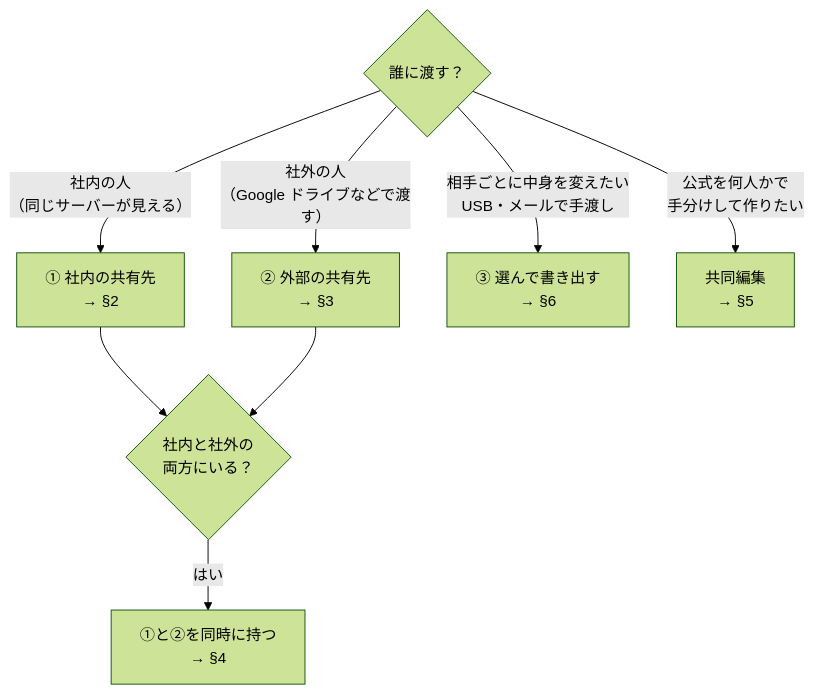
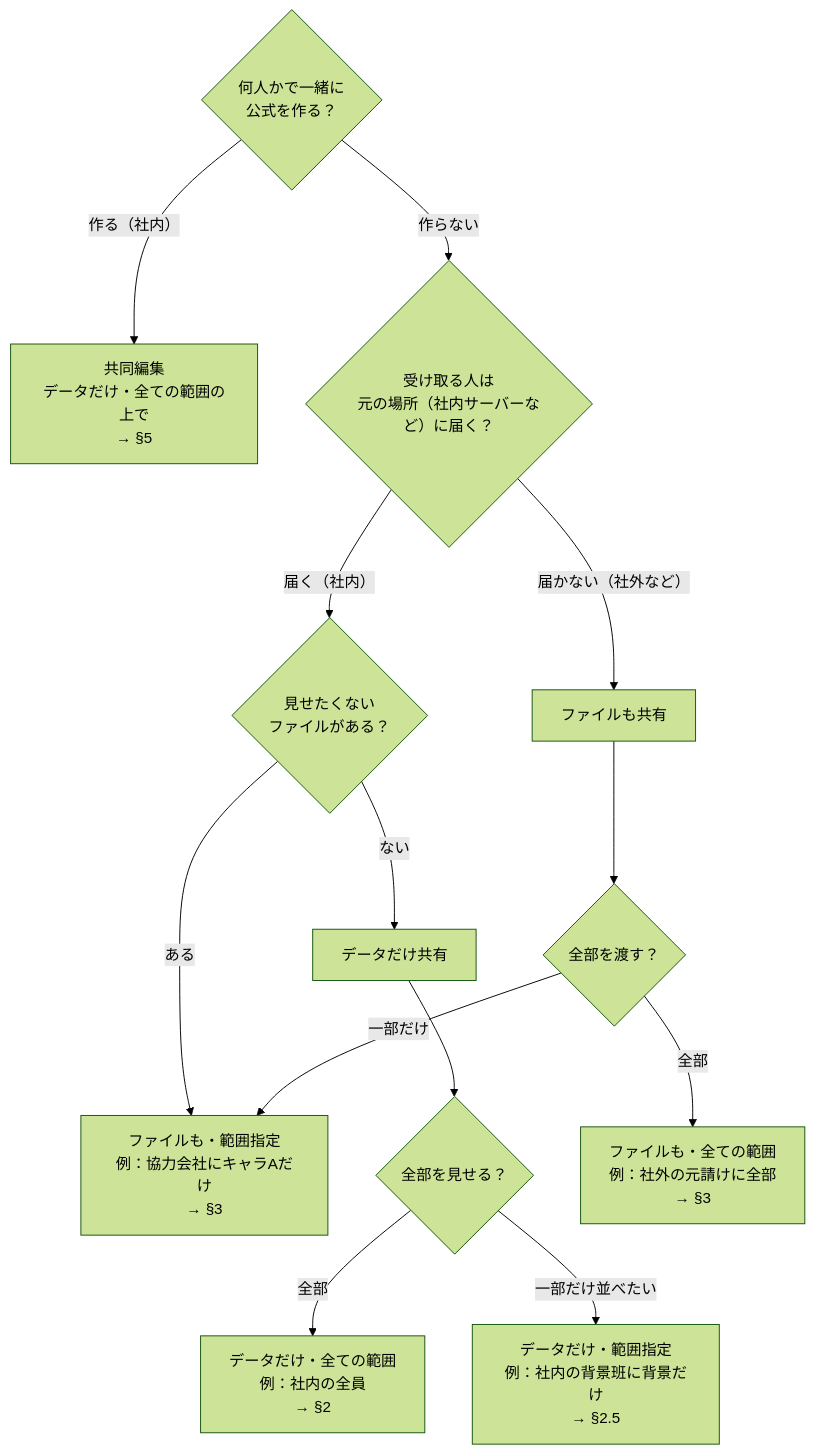
The first of 16 diagrams in SYNC_GUIDE.md (animtools/RefPicker), drawn with Mermaid (forest theme) before and after one commit. The commit also changed other lines of this file and 27 other files, not shown here.

First line of the commit message:
docs: 0.6.0 の公開文書（扱えるファイル・共有先の渡し方と範囲・自由タグのピッカーとタグの管理・起動時の新しいバージョンの確認など）と CHANGELOG、図を 0.6.0 の画面にする

````diff
--- a/SYNC_GUIDE.md
+++ b/SYNC_GUIDE.md
@@ -23,11 +36,17 @@
 ```mermaid
 flowchart TD
-    Q1{"誰に渡す？"}
-    Q1 -->|"社内の人<br/>（同じサーバーが見える）"| P1["① 社内の共有先<br/>→ §2"]
-    Q1 -->|"社外の人<br/>（Google ドライブなどで渡す）"| P2["② 外部の共有先<br/>→ §3"]
-    Q1 -->|"相手ごとに中身を変えたい<br/>USB・メールで手渡し"| P3["③ 選んで書き出す<br/>→ §6"]
-    P1 --> Q2{"社内と社外の<br/>両方にいる？"}
-    P2 --> Q2
-    Q2 -->|"はい"| P12["①と②を同時に持つ<br/>→ §4"]
-    Q1 -->|"公式を何人かで<br/>手分けして作りたい"| CE["共同編集<br/>→ §5"]
+    Q0{"何人かで一緒に<br/>公式を作る？"}
+    Q0 -->|"作る（社内）"| CO["共同編集<br/>データだけ・全ての範囲の上で<br/>→ §5"]
+    Q0 -->|"作らない"| Q1
+    Q1{"受け取る人は<br/>元の場所（社内サーバーなど）に届く？"}
+    Q1 -->|"届く（社内）"| Q4{"見せたくない<br/>ファイルがある？"}
+    Q1 -->|"届かない（社外など）"| F["ファイルも共有"]
+    Q4 -->|"ない"| D["データだけ共有"]
+    Q4 -->|"ある"| FF
+    D --> Q2{"全部を見せる？"}
+    F --> Q3{"全部を渡す？"}
+    Q2 -->|"全部"| DA["データだけ・全ての範囲<br/>例：社内の全員<br/>→ §2"]
+    Q2 -->|"一部だけ並べたい"| DF["データだけ・範囲指定<br/>例：社内の背景班に背景だけ<br/>→ §2.5"]
+    Q3 -->|"全部"| FA["ファイルも・全ての範囲<br/>例：社外の元請けに全部<br/>→ §3"]
+    Q3 -->|"一部だけ"| FF["ファイルも・範囲指定<br/>例：協力会社にキャラAだけ<br/>→ §3"]
 ```
````
